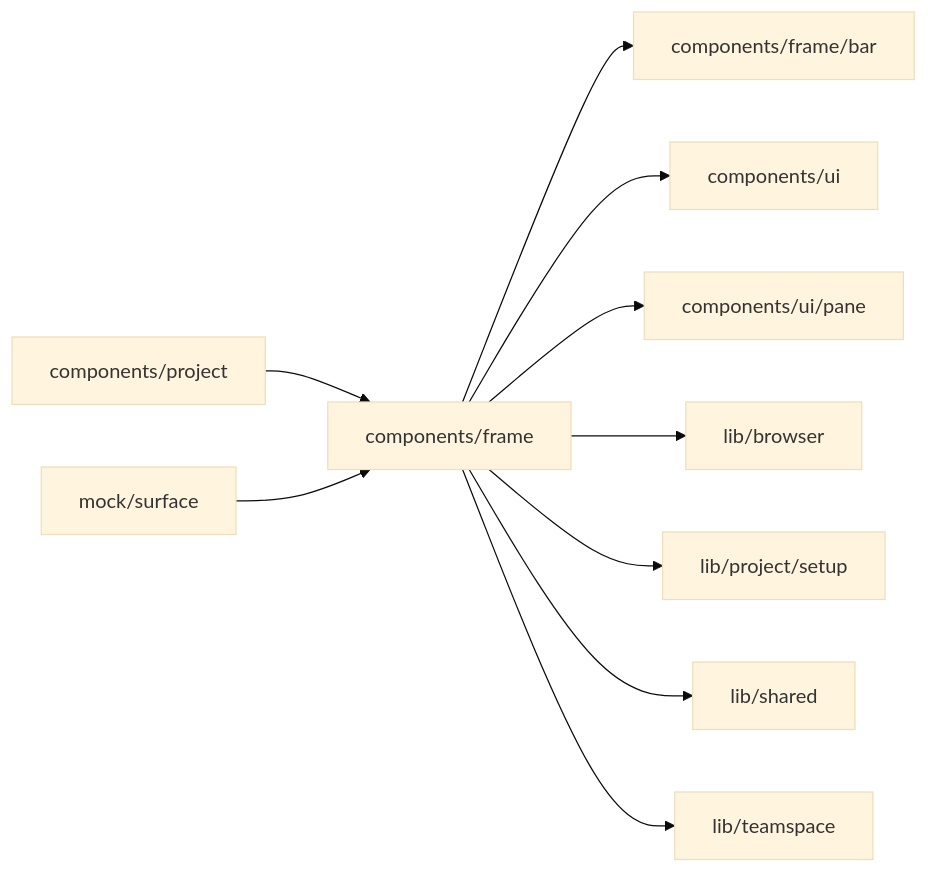
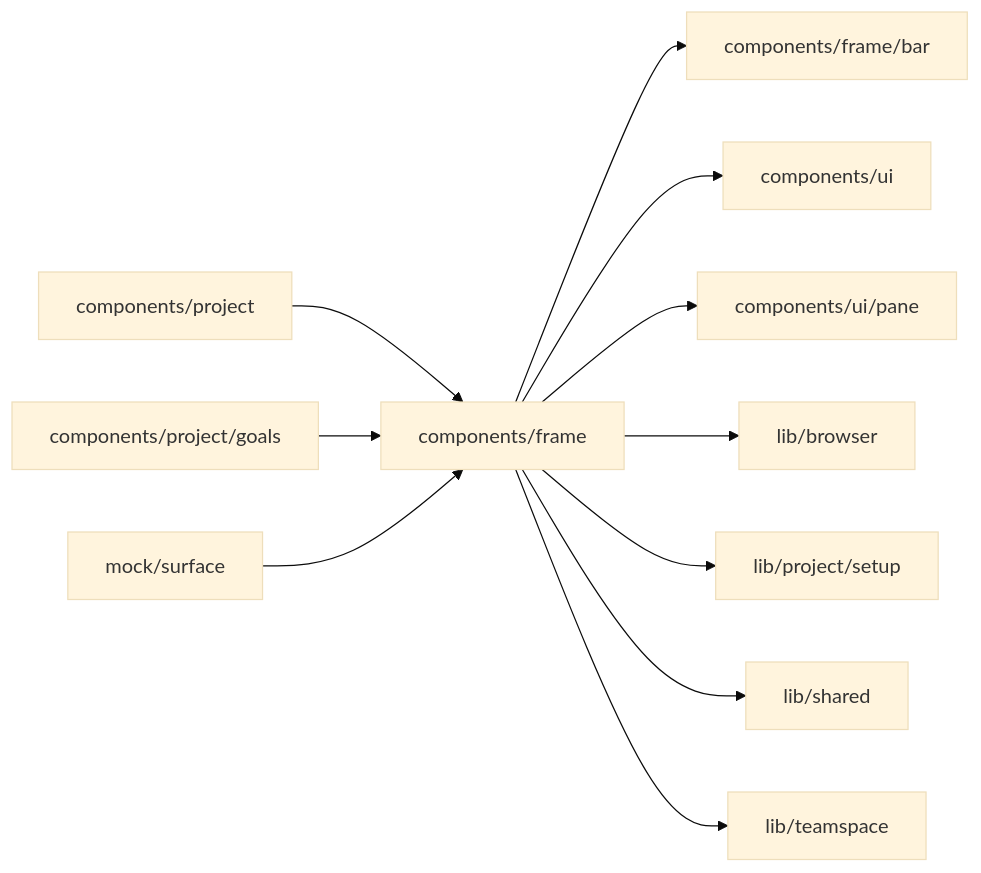
Before and after one commit to superdurable/superverse: the diagram in web/studio/components/frame/README.md, drawn with Mermaid (base theme). The commit also changed other lines of this file and 145 other files, not shown here.

````diff
--- a/web/studio/components/frame/README.md
+++ b/web/studio/components/frame/README.md
@@ -10,13 +10,14 @@
 ```mermaid
 flowchart LR
   self["components/frame"]
   c0["components/project"] --> self
-  c1["mock/surface"] --> self
+  c1["components/project/goals"] --> self
+  c2["mock/surface"] --> self
   self --> d0["components/frame/bar"]
   self --> d1["components/ui"]
   self --> d2["components/ui/pane"]
   self --> d3["lib/browser"]
   self --> d4["lib/project/setup"]
   self --> d5["lib/shared"]
   self --> d6["lib/teamspace"]
 ```
````
